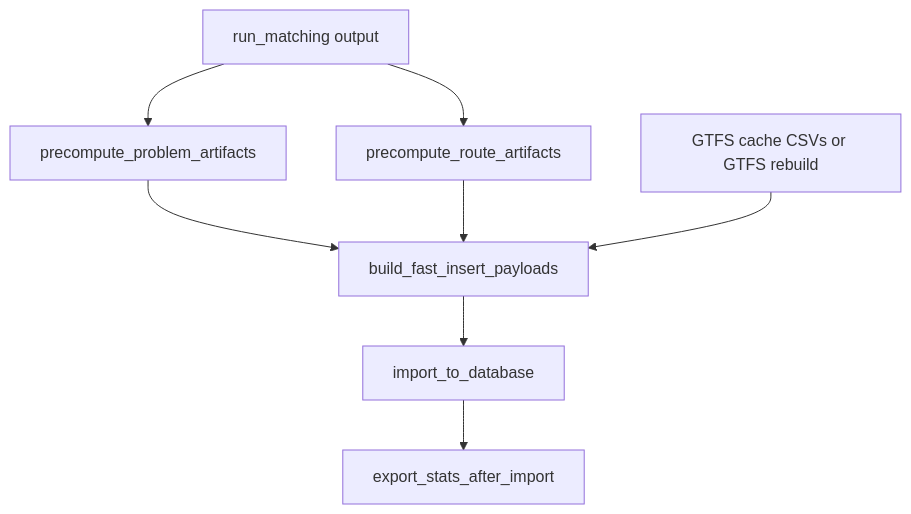
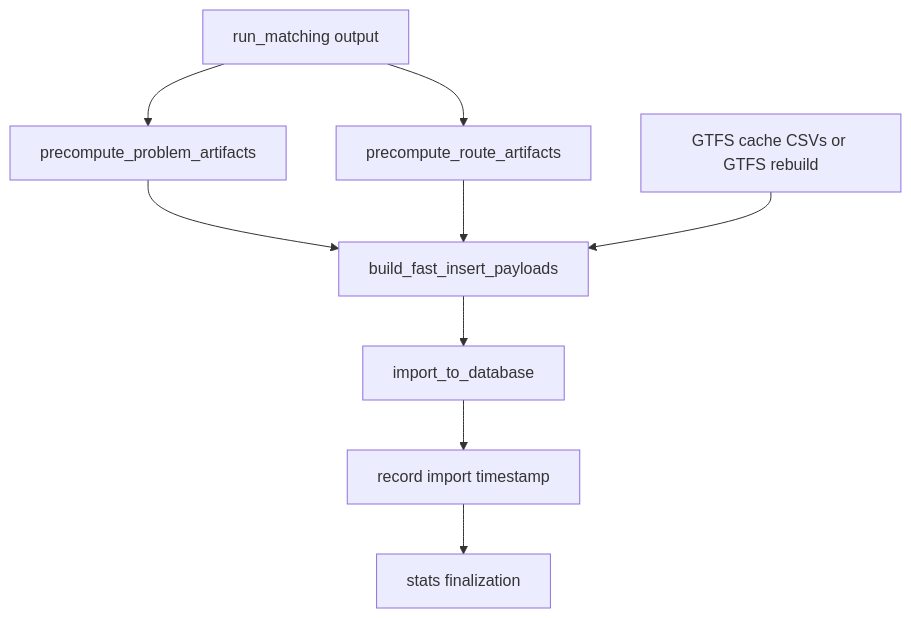
Before and after one commit to openTdataCH/stop_sync_osm_atlas: the diagram in documentation/5.1 Import Process.md, drawn with Mermaid. The commit also changed other lines of this file and 9 other files, not shown here.

````diff
--- a/documentation/5.1 Import Process.md
+++ b/documentation/5.1 Import Process.md
@@ -14,10 +14,11 @@
 ```mermaid
 flowchart TB
     A[run_matching output] --> B[precompute_problem_artifacts]
     A --> C[precompute_route_artifacts]
     B --> D[build_fast_insert_payloads]
     C --> D
     E[GTFS cache CSVs or GTFS rebuild] --> D
     D --> F[import_to_database]
-    F --> G[export_stats_after_import]
+    F --> G[record import timestamp]
+    G --> H[stats finalization]
 ```
````
